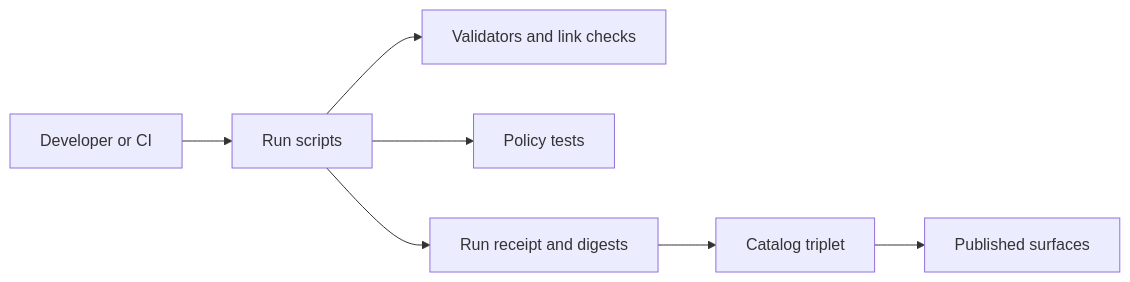
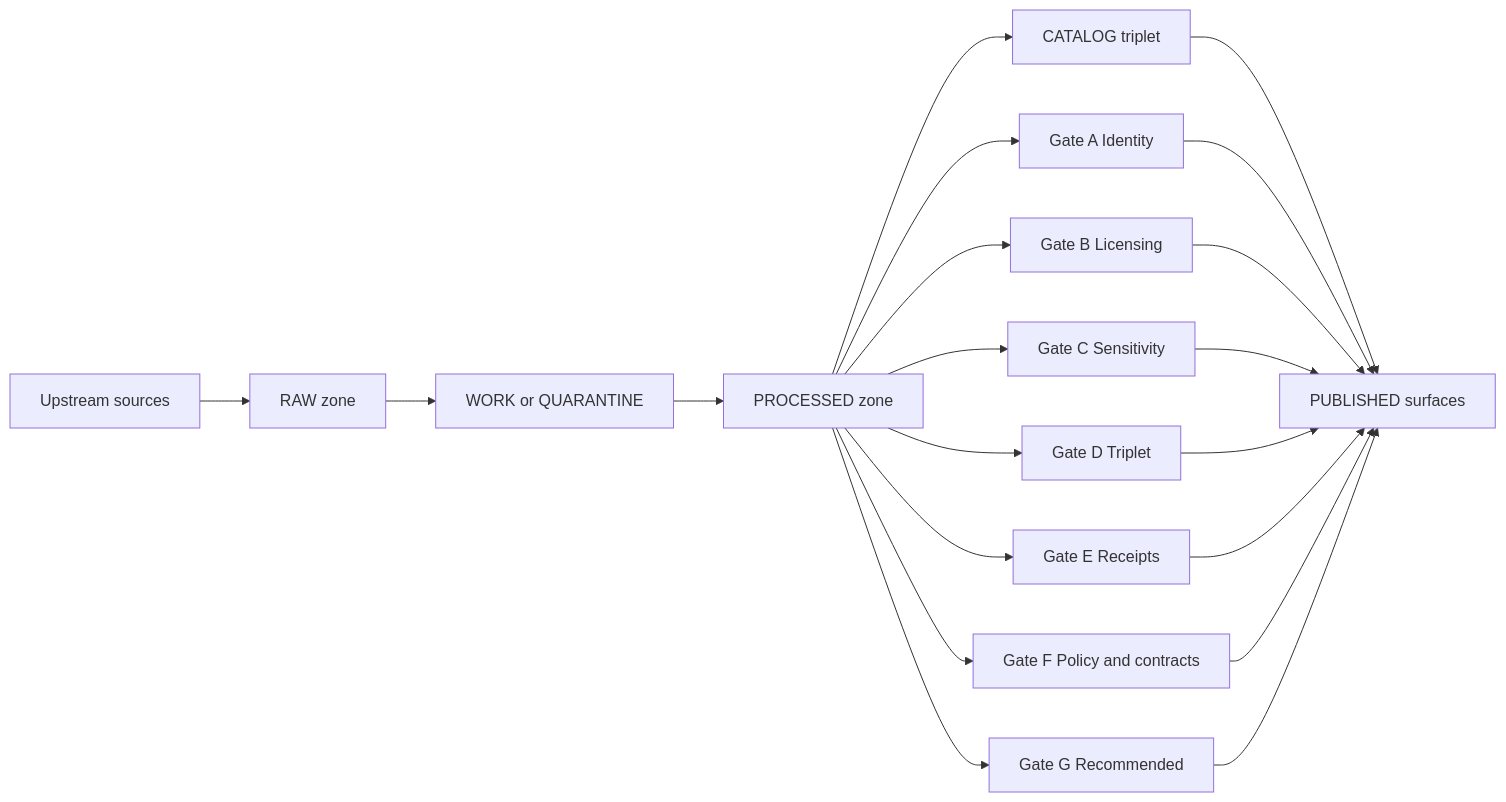
The diagram in scripts/README.md (bartytime4life/Kansas-Frontier-Matrix), drawn with Mermaid before and after one commit. The commit also changed other lines of this file, not shown here.

```diff
--- a/scripts/README.md
+++ b/scripts/README.md
@@ -169,9 +213,24 @@
 ~~~mermaid
 flowchart LR
-  Dev[Developer or CI] --> Run[Run scripts]
-  Run --> V[Validators and link checks]
-  Run --> P[Policy tests]
-  Run --> R[Run receipt and digests]
-  R --> C[Catalog triplet]
-  C --> Pub[Published surfaces]
+  U[Upstream sources] --> R[RAW zone]
+  R --> W[WORK or QUARANTINE]
+  W --> P[PROCESSED zone]
+  P --> C[CATALOG triplet]
+  C --> S[PUBLISHED surfaces]
+
+  P --> GA[Gate A Identity]
+  P --> GB[Gate B Licensing]
+  P --> GC[Gate C Sensitivity]
+  P --> GD[Gate D Triplet]
+  P --> GE[Gate E Receipts]
+  P --> GF[Gate F Policy and contracts]
+  P --> GG[Gate G Recommended]
+
+  GA --> S
+  GB --> S
+  GC --> S
+  GD --> S
+  GE --> S
+  GF --> S
+  GG --> S
 ~~~
```
